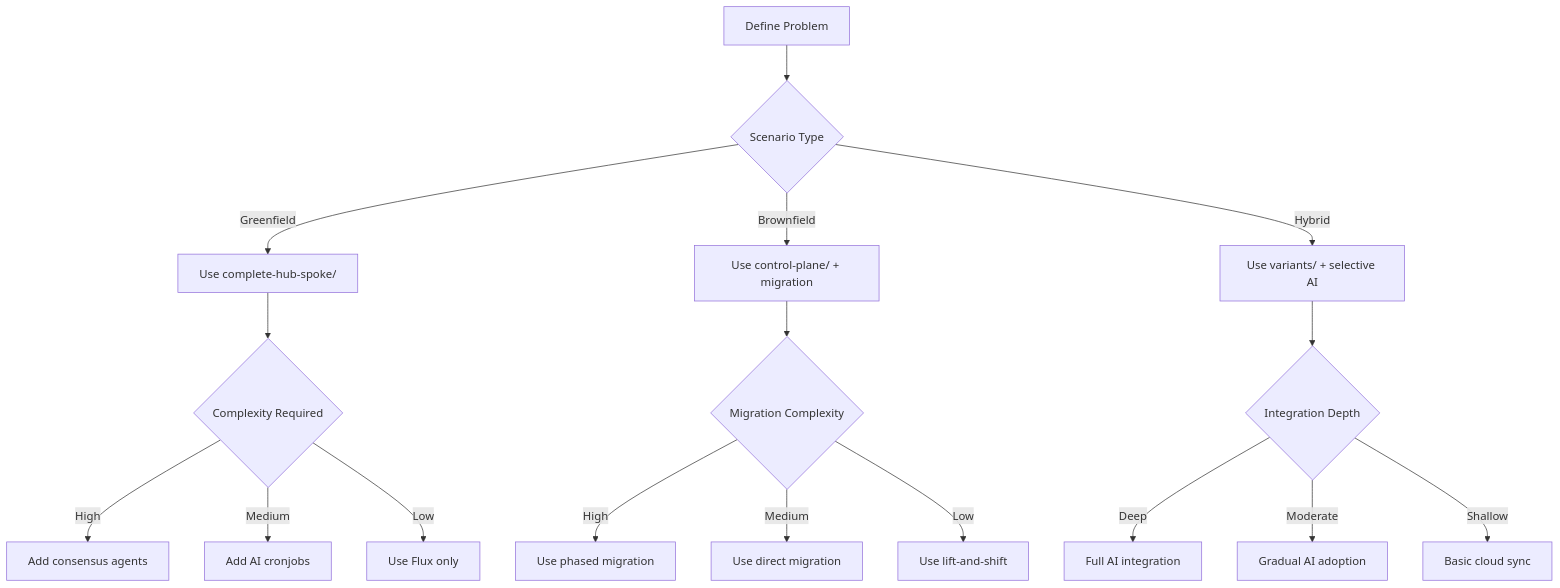
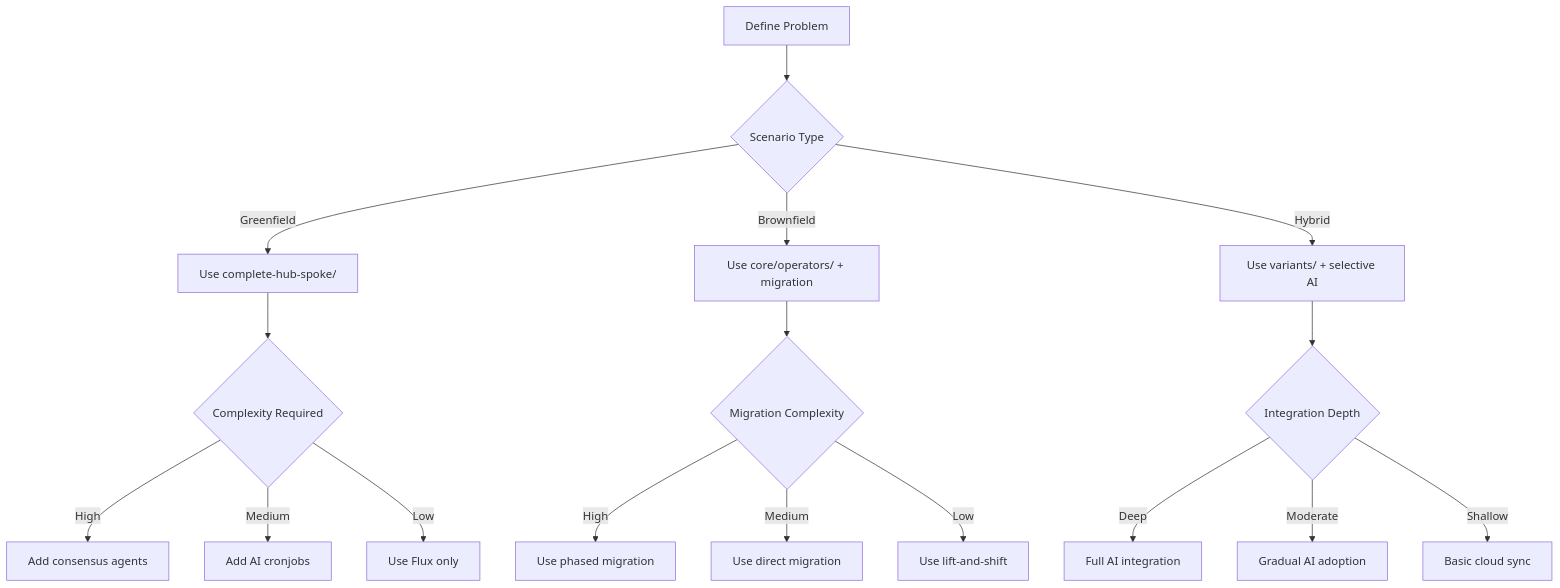
The diagram in docs/PROBLEM-DEFINITION-GUIDE.md (lloydchang/agentic-reconciliation-engine), drawn with Mermaid before and after one commit. The commit also changed other lines of this file and 1575 other files, not shown here.

````diff
--- a/docs/PROBLEM-DEFINITION-GUIDE.md
+++ b/docs/PROBLEM-DEFINITION-GUIDE.md
@@ -101,23 +101,23 @@
 ```mermaid
 flowchart TD
     A[Define Problem] --> B{Scenario Type}
     
     B -->|Greenfield| C[Use complete-hub-spoke/]
-    B -->|Brownfield| D[Use control-plane/ + migration]
+    B -->|Brownfield| D[Use core/operators/ + migration]
     B -->|Hybrid| E[Use variants/ + selective AI]
     
     C --> F{Complexity Required}
     F -->|High| G[Add consensus agents]
     F -->|Medium| H[Add AI cronjobs]
     F -->|Low| I[Use Flux only]
     
     D --> J{Migration Complexity}
     J -->|High| K[Use phased migration]
     J -->|Medium| L[Use direct migration]
     J -->|Low| M[Use lift-and-shift]
     
     E --> N{Integration Depth}
     N -->|Deep| O[Full AI integration]
     N -->|Moderate| P[Gradual AI adoption]
     N -->|Shallow| Q[Basic cloud sync]
 ```
````
